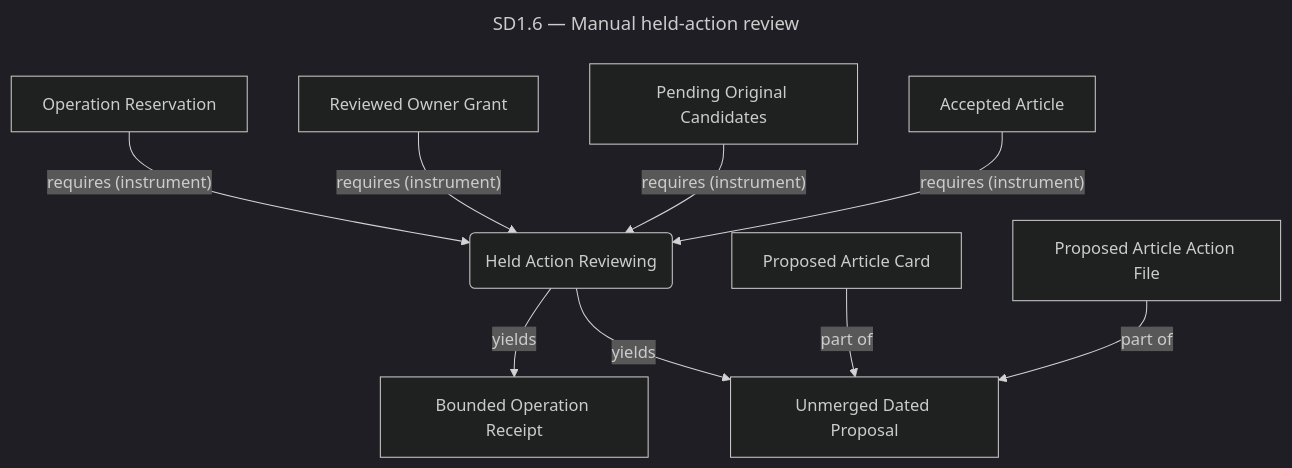
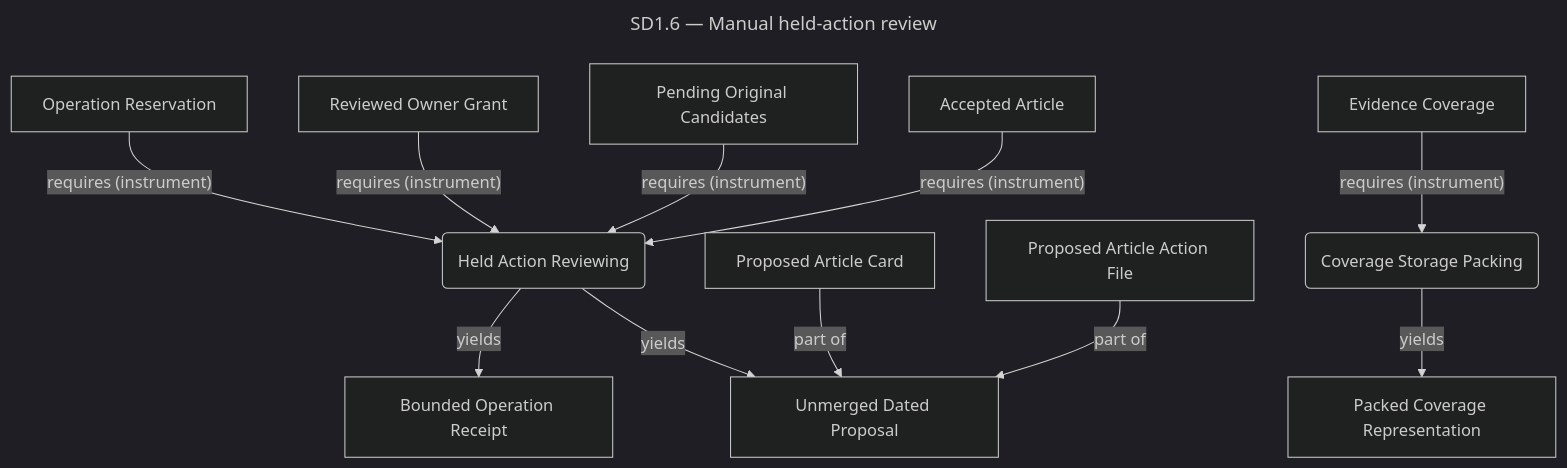
Before and after one commit to ojfbot/daily-logger: the seventh of 7 diagrams in opm/system.md, drawn with Mermaid (dark theme). The commit also changed other lines of this file and 6 other files, not shown here.

Commit message:
Pack generated action coverage within dated storage cap

````diff
--- a/opm/system.md
+++ b/opm/system.md
@@ -1205,25 +1205,30 @@
 ```mermaid
 ---
 title: "SD1.6 — Manual held-action review"
 ---
 flowchart TD
   accTitle: SD1.6 — Manual held-action review
   accDescr: Lossy system model projection. Complete source facts follow this diagram.
   n205["Accepted Article"]
   n206("Held Action Reviewing")
   n207["Pending Original Candidates"]
   n208["Reviewed Owner Grant"]
   n209["Operation Reservation"]
   n210["Unmerged Dated Proposal"]
   n211["Bounded Operation Receipt"]
-  n228["Proposed Article Card"]
-  n229["Proposed Article Action File"]
+  n230["Proposed Article Card"]
+  n231["Proposed Article Action File"]
+  n169["Evidence Coverage"]
+  n212("Coverage Storage Packing")
+  n213["Packed Coverage Representation"]
   n205 -->|"requires (instrument)"| n206
   n207 -->|"requires (instrument)"| n206
   n208 -->|"requires (instrument)"| n206
   n209 -->|"requires (instrument)"| n206
   n206 -->|"yields"| n210
   n206 -->|"yields"| n211
-  n228 -->|"part of"| n210
-  n229 -->|"part of"| n210
+  n230 -->|"part of"| n210
+  n231 -->|"part of"| n210
+  n169 -->|"requires (instrument)"| n212
+  n212 -->|"yields"| n213
 ```
````
